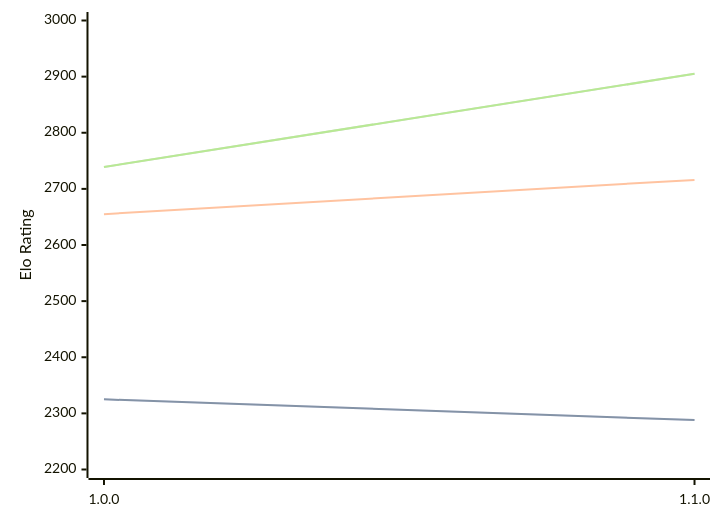
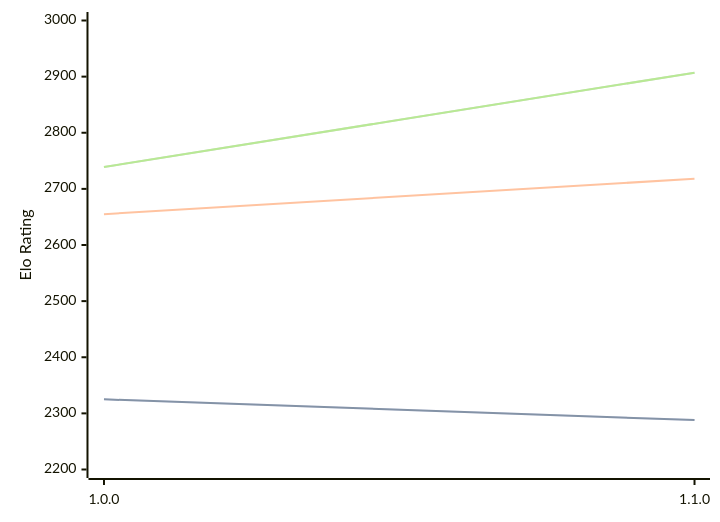
One commit to computer-chess-index/cci changed the diagram in engines/ShallowGuess.md. Above: the diagram before and after it, drawn with Mermaid. The commit also changed other lines of this file, not shown here.

Commit message:
Update CCI Ratings (ELO VLTC) - 2026-08-25

````diff
--- a/engines/ShallowGuess.md
+++ b/engines/ShallowGuess.md
@@ -32,11 +32,11 @@
 ```mermaid
 %%{init: {"theme":"base","themeVariables":{"seriesColors:['#a3a3a3','#222221','#faa371']}}}%%
 xychart-beta
   x-axis ["1.0.0", "1.1.0"]
   y-axis "Elo Rating" 2200 --> 3000
   line "STC (8.0+0.08s)" [2325, 2288]
   line "STC (8.0+0.08s)" [2325, 2288]
-  line "LTC (60.0+0.60s)" [2655, 2716]
-  line "VLTC (2m24s+1.12s)" [2739, 2905]
-  line "VLTC (2m24s+1.12s)" [2739, 2905]
+  line "LTC (60.0+0.60s)" [2655, 2718]
+  line "VLTC (2m24s+1.12s)" [2739, 2907]
+  line "VLTC (2m24s+1.12s)" [2739, 2907]
 ```
````
